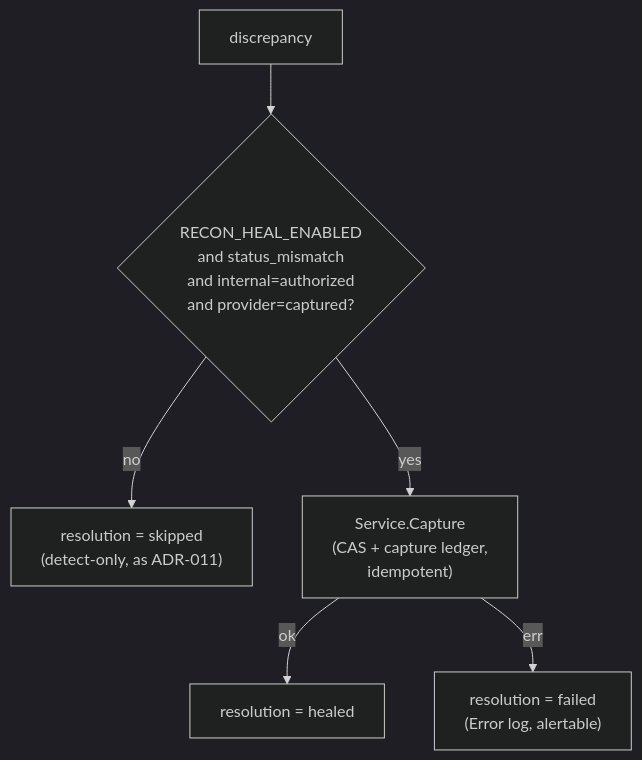
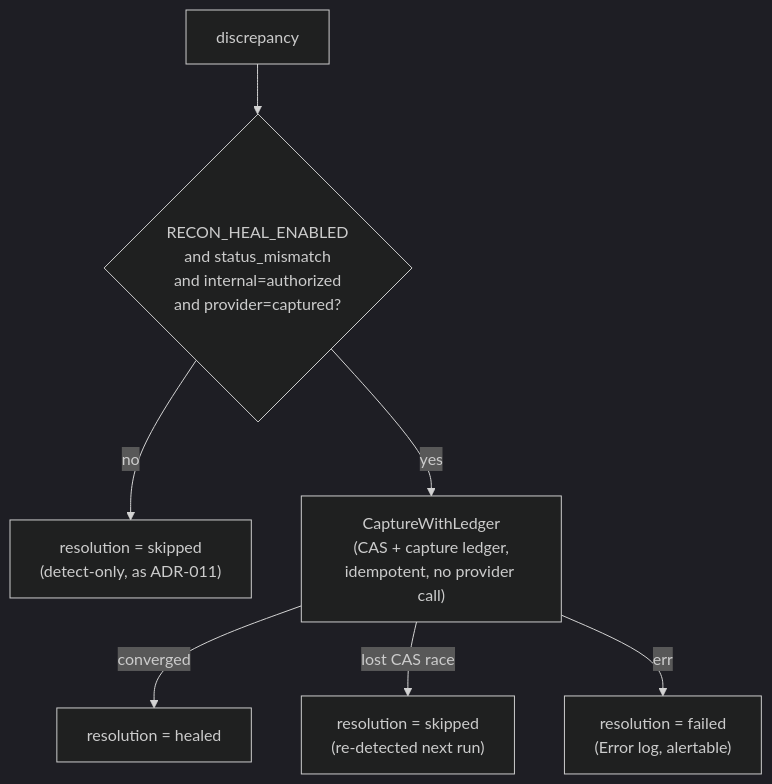
One commit to duynhlab/homelab changed the second of 2 diagrams in docs/proposals/adr/ADR-012-reconciliation-auto-heal/README.md. Above: the diagram before and after it, drawn with Mermaid (dark theme). The commit also changed other lines of this file, not shown here.

First line of the commit message:
Correct ADR-012 heal path to CaptureWithLedger (#450)

````diff
--- a/docs/proposals/adr/ADR-012-reconciliation-auto-heal/README.md
+++ b/docs/proposals/adr/ADR-012-reconciliation-auto-heal/README.md
@@ -91,8 +95,9 @@
 ```mermaid
 flowchart TD
     D["discrepancy"] --> C{"RECON_HEAL_ENABLED<br/>and status_mismatch<br/>and internal=authorized<br/>and provider=captured?"}
     C -->|no| S["resolution = skipped<br/>(detect-only, as ADR-011)"]
-    C -->|yes| H["Service.Capture<br/>(CAS + capture ledger,<br/>idempotent)"]
-    H -->|ok| OK["resolution = healed"]
+    C -->|yes| H["CaptureWithLedger<br/>(CAS + capture ledger,<br/>idempotent, no provider call)"]
+    H -->|converged| OK["resolution = healed"]
+    H -->|lost CAS race| SK["resolution = skipped<br/>(re-detected next run)"]
     H -->|err| F["resolution = failed<br/>(Error log, alertable)"]
 ```
````
